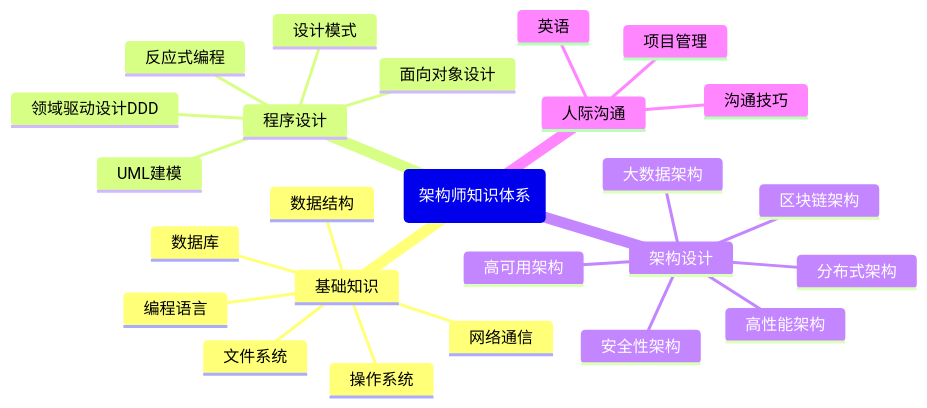
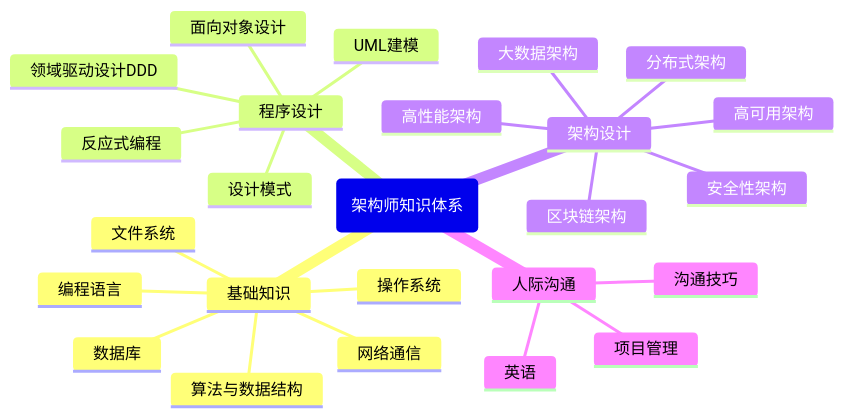
One commit to wallace-lai/learning-notes changed the diagram in source/Unfiled/architect-roadmap.md. Above: the diagram before and after it, drawn with Mermaid. The commit also changed 1 other file, not shown here.

Commit message:
update linux c - io (#128)

````diff
--- a/source/Unfiled/architect-roadmap.md
+++ b/source/Unfiled/architect-roadmap.md
@@ -9,33 +9,33 @@
 ```{mermaid}
 
 mindmap
     root(架构师知识体系)
         基础知识
         ::icon(fa fa-book)
             操作系统
-            数据结构
+            算法与数据结构
             编程语言
             网络通信
             文件系统
             数据库
         程序设计
         ::icon(fa fa-bookmark)
             UML建模
             面向对象设计
             设计模式
             反应式编程
             领域驱动设计DDD
         架构设计
         ::icon(fa fa-sitemap)
             高可用架构
             高性能架构
             安全性架构
             大数据架构
             区块链架构
             分布式架构
         人际沟通
         ::icon(fa fa-heart)
             英语
             沟通技巧
             项目管理
 ```
````
